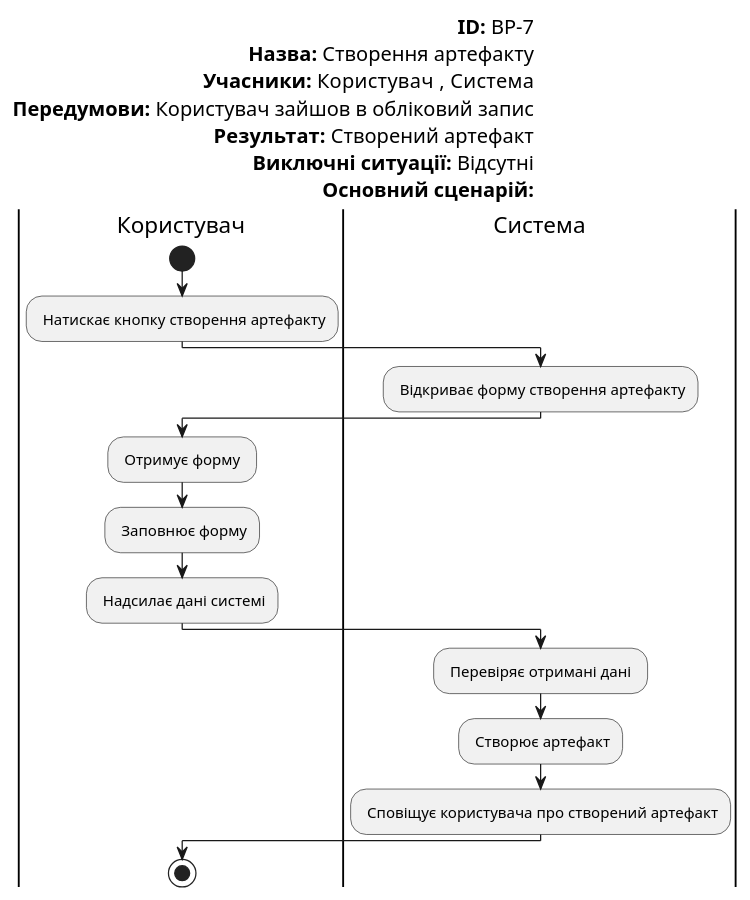
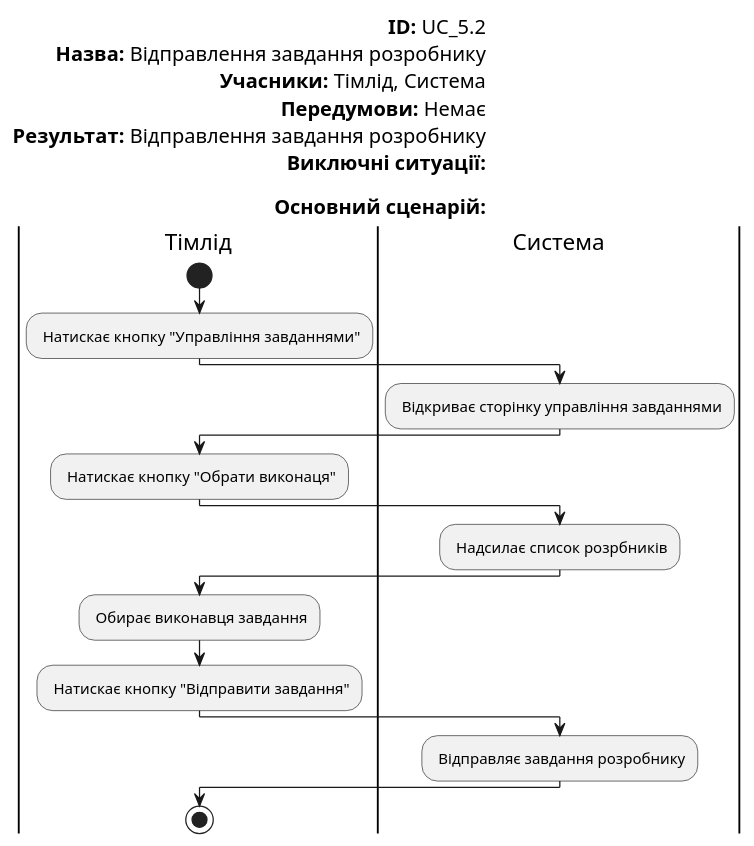
One commit to edu-db/edu_db_labs changed diagram 16 of 19 in docs/use cases/README.md. Above: the diagram before and after it, drawn with PlantUML. The commit also changed other lines of this file, not shown here.

```diff
--- a/docs/use cases/README.md
+++ b/docs/use cases/README.md
@@ -453,37 +593,30 @@
 @startuml
 
-  left header
-<font color=000 size=16><b>ID:</b> ВP-7
-<font color=000 size=16><b>Назва:</b> Створення артефакту
-<font color=000 size=16><b>Учасники:</b> Користувач  , Система
-<font color=000 size=16><b>Передумови:</b> Користувач зайшов в обліковий запис
-<font color=000 size=16><b>Результат:</b> Створений артефакт
-<font color=000 size=16><b>Виключні ситуації:</b> Відсутні
-<font color=000 size=16><b>Основний сценарій:</b>
+    left header
+    <font color=000 size=16><b>ID:</b> UC_5.2
+    <font color=000 size=16><b>Назва:</b> Відправлення завдання розробнику
+    <font color=000 size=16><b>Учасники:</b> Тімлід, Система
+    <font color=000 size=16><b>Передумови:</b> Немає
+    <font color=000 size=16><b>Результат:</b> Відправлення завдання розробнику
+    <font color=000 size=16><b>Виключні ситуації:</b>
+    
+    <font color=000 size=16><b>Основний сценарій:</b>
 end header
 
-|Користувач|
-    start
-    : Натискає кнопку створення артефакту;
-|Система|
-    : Відкриває форму створення артефакту;
-|Користувач|
-    : Отримує форму ;
-|Користувач|
-    : Заповнює форму;
-|Користувач|
-    : Надсилає дані системі;
-|Система|   
-    : Перевіряє отримані дані ;
-    
-
-
-    : Створює артефакт;
- 
-    : Сповіщує користувача про створений артефакт;
-    
-  
-    
-|Користувач|
-    stop;
+    |Тімлід|
+        start
+        : Натискає кнопку "Управління завданнями";
+    |Система|
+        : Відкриває сторінку управління завданнями;
+    |Тімлід|
+        : Натискає кнопку "Обрати виконаця";
+    |Система|   
+        : Надсилає список розрбників;
+    |Тімлід|
+        : Обирає виконавця завдання;
+        : Натискає кнопку "Відправити завдання";
+    |Система|   
+        : Відправляє завдання розробнику;
+    |Тімлід|
+        stop;
 @enduml
```
